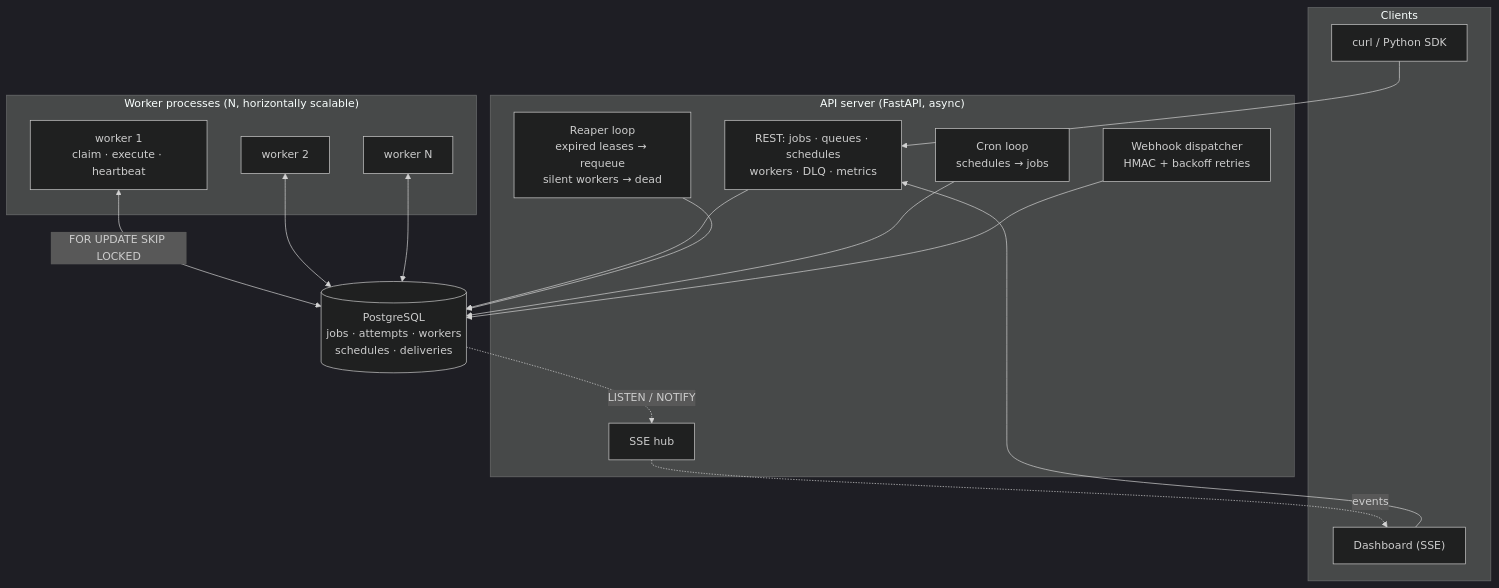
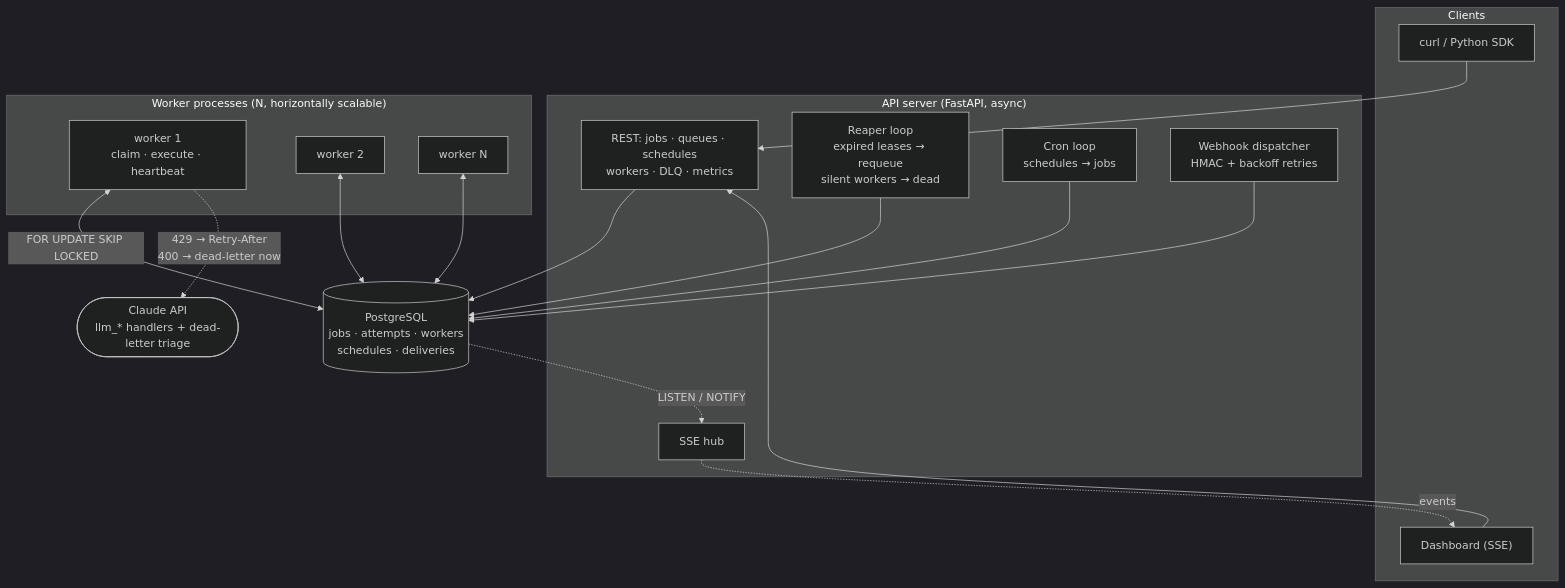
Before and after one commit to tusharbhatt7/taskforge: the first of 2 diagrams in README.md, drawn with Mermaid (dark theme). The commit also changed other lines of this file and 31 other files, not shown here.

````diff
--- a/README.md
+++ b/README.md
@@ -49,35 +52,38 @@
 ```mermaid
 flowchart TB
     subgraph clients["Clients"]
         CURL["curl / Python SDK"]
         DASH["Dashboard (SSE)"]
     end
 
     subgraph api["API server (FastAPI, async)"]
         REST["REST: jobs · queues · schedules<br/>workers · DLQ · metrics"]
         STREAM["SSE hub"]
         REAPER["Reaper loop<br/>expired leases → requeue<br/>silent workers → dead"]
         CRON["Cron loop<br/>schedules → jobs"]
         HOOKS["Webhook dispatcher<br/>HMAC + backoff retries"]
     end
 
     subgraph workers["Worker processes (N, horizontally scalable)"]
         W1["worker 1<br/>claim · execute · heartbeat"]
         W2["worker 2"]
         WN["worker N"]
     end
 
+    CLAUDE(["Claude API<br/>llm_* handlers + dead-letter triage"])
+
     PG[("PostgreSQL<br/>jobs · attempts · workers<br/>schedules · deliveries")]
 
     CURL --> REST
     DASH --> REST
     STREAM -.->|"events"| DASH
     REST --> PG
     REAPER --> PG
     CRON --> PG
     HOOKS --> PG
     W1 <-->|"FOR UPDATE SKIP LOCKED"| PG
     W2 <--> PG
     WN <--> PG
     PG -.->|"LISTEN / NOTIFY"| STREAM
+    W1 -.->|"429 → Retry-After<br/>400 → dead-letter now"| CLAUDE
 ```
````
